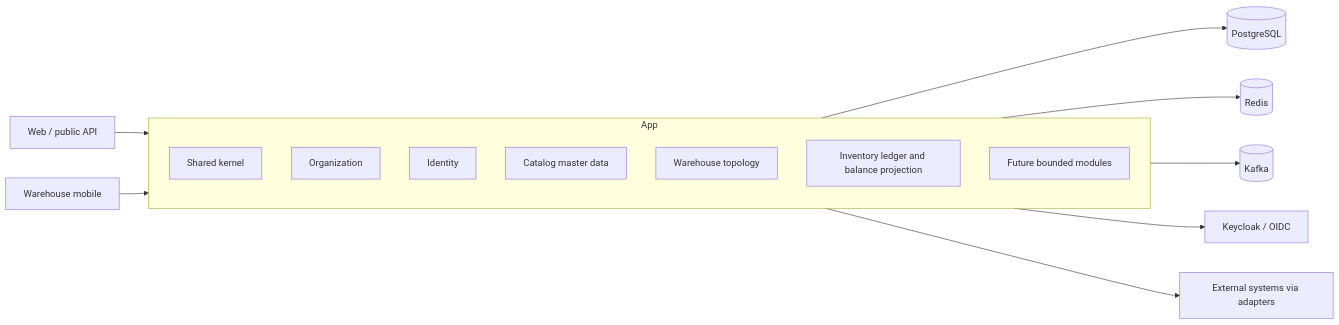
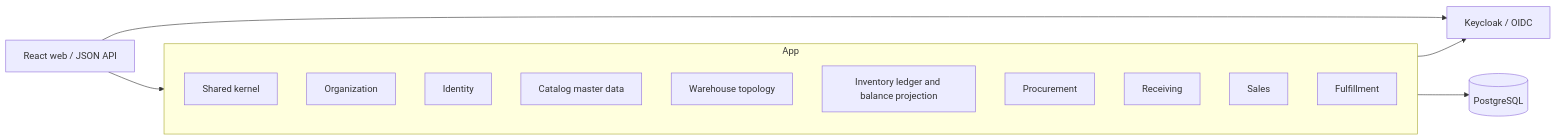
One commit to smjubayercse/invenlio changed the diagram in docs/architecture/architecture-overview.md. Above: the diagram before and after it, drawn with Mermaid. The commit also changed other lines of this file and 26 other files, not shown here.

````diff
--- a/docs/architecture/architecture-overview.md
+++ b/docs/architecture/architecture-overview.md
@@ -11,19 +11,19 @@
 ```mermaid
 flowchart LR
-  Web[Web / public API] --> App[Invenlio modular monolith]
-  Mobile[Warehouse mobile] --> App
+  Web[React web / JSON API] --> App[Invenlio modular monolith]
+  Web --> IdP[Keycloak / OIDC]
   App --> PG[(PostgreSQL)]
-  App --> Redis[(Redis)]
-  App --> Kafka[(Kafka)]
-  App --> IdP[Keycloak / OIDC]
-  App --> Ext[External systems via adapters]
+  App --> IdP
   subgraph App
     Shared[Shared kernel]
     Org[Organization]
     Identity[Identity]
     Catalog[Catalog master data]
     Warehouse[Warehouse topology]
     Inventory[Inventory ledger and balance projection]
-    Future[Future bounded modules]
+    Procurement[Procurement]
+    Receiving[Receiving]
+    Sales[Sales]
+    Fulfillment[Fulfillment]
   end
 ```
````
